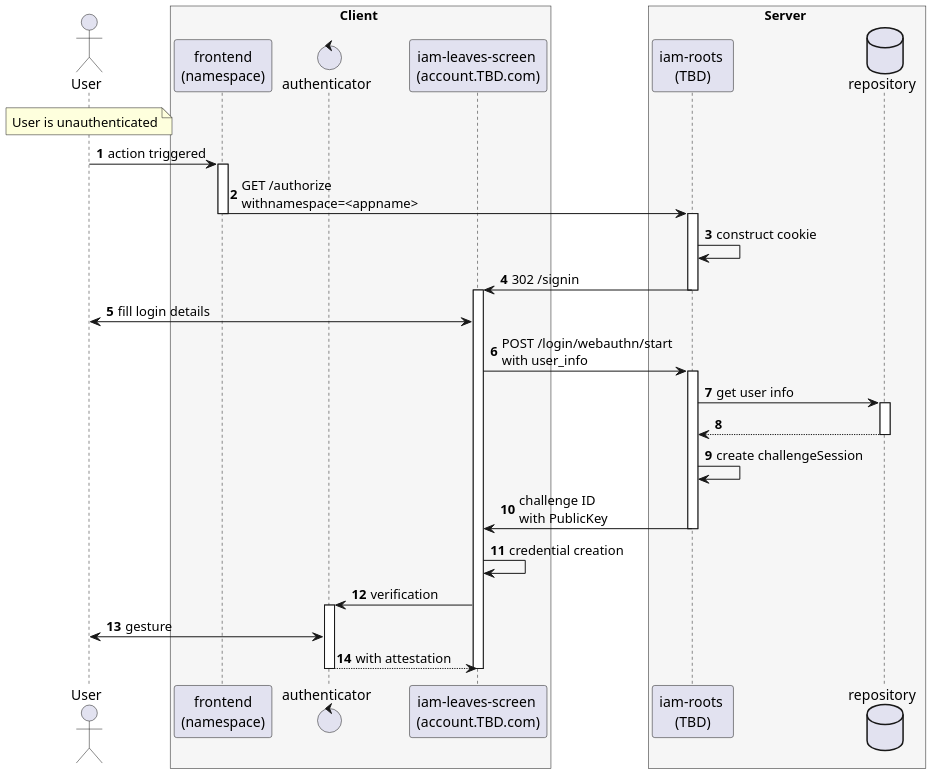
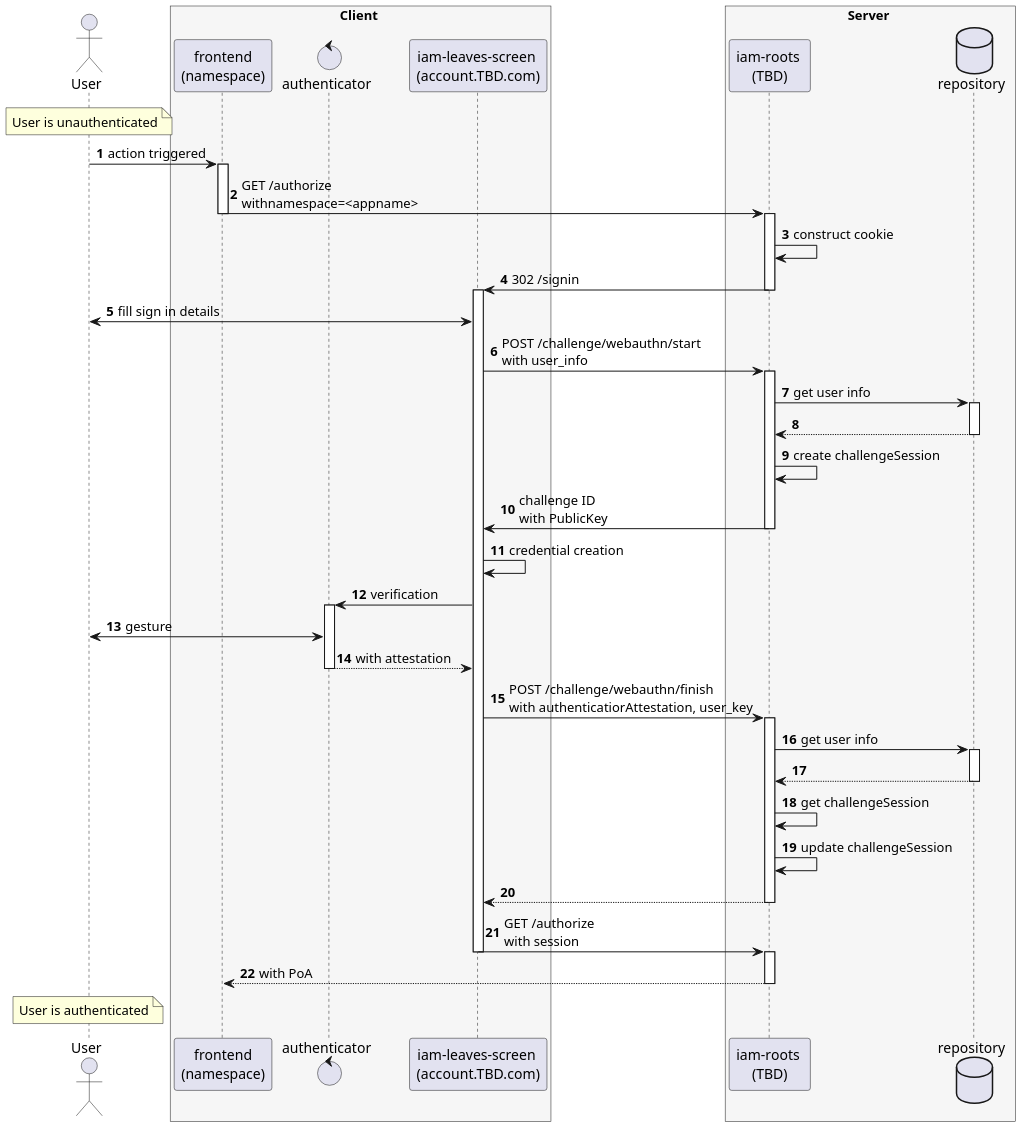
Before and after one commit to areugoh/proto: the third of 3 diagrams in proto/iam-roots/api/v1/design-doc.md, drawn with PlantUML. The commit also changed other lines of this file, not shown here.

````diff
--- a/proto/iam-roots/api/v1/design-doc.md
+++ b/proto/iam-roots/api/v1/design-doc.md
@@ -124,64 +140,82 @@
 ```plantuml
 @startuml registration-details
 skinparam dpi 160
 skinparam monochome false
 skinparam BoxPadding 10
 
 actor User as U
 
 box Client #f6f6f6
 participant "frontend\n(namespace)" as F
 control "authenticator" as A
 participant "iam-leaves-screen \n(account.TBD.com)" as IAML
 end box
 
 box Server #f6f6f6
 participant "iam-roots \n(TBD)" as IAMR
 database "repository" as R
 end box
 
 autonumber
 
 note over U
 User is unauthenticated
 end note
 
 
 U -> F: action triggered
 
 
 activate F
 F -> IAMR: GET /authorize \nwithnamespace=<appname>
 deactivate F
 
 
 activate IAMR
 IAMR -> IAMR: construct cookie
 IAMR -> IAML: 302 /signin
 deactivate IAMR
 activate IAML
 
 
-IAML <-> U: fill login details
-IAML -> IAMR: POST /login/webauthn/start \nwith user_info
+IAML <-> U: fill sign in details
+IAML -> IAMR: POST /challenge/webauthn/start \nwith user_info
 activate IAMR
 IAMR -> R: get user info
 activate R
 R --> IAMR
 deactivate R
 IAMR -> IAMR: create challengeSession
 IAMR -> IAML: challenge ID \nwith PublicKey
 deactivate IAMR
 
 
 IAML -> IAML: credential creation
 IAML -> A: verification
 activate A
 A <-> U: gesture
 A --> IAML: with attestation
 deactivate A
 
 
+IAML -> IAMR: POST /challenge/webauthn/finish \nwith authenticatiorAttestation, user_key
+activate IAMR
+IAMR -> R: get user info
+activate R
+R --> IAMR
+deactivate R
+IAMR -> IAMR: get challengeSession
+IAMR -> IAMR: update challengeSession
+IAMR --> IAML
+deactivate IAMR
 
+IAML -> IAMR: GET /authorize \nwith session
 deactivate IAML
+activate IAMR
+IAMR --> F: with PoA
+deactivate IAMR
+
+note over U
+User is authenticated
+end note
 ```
````
